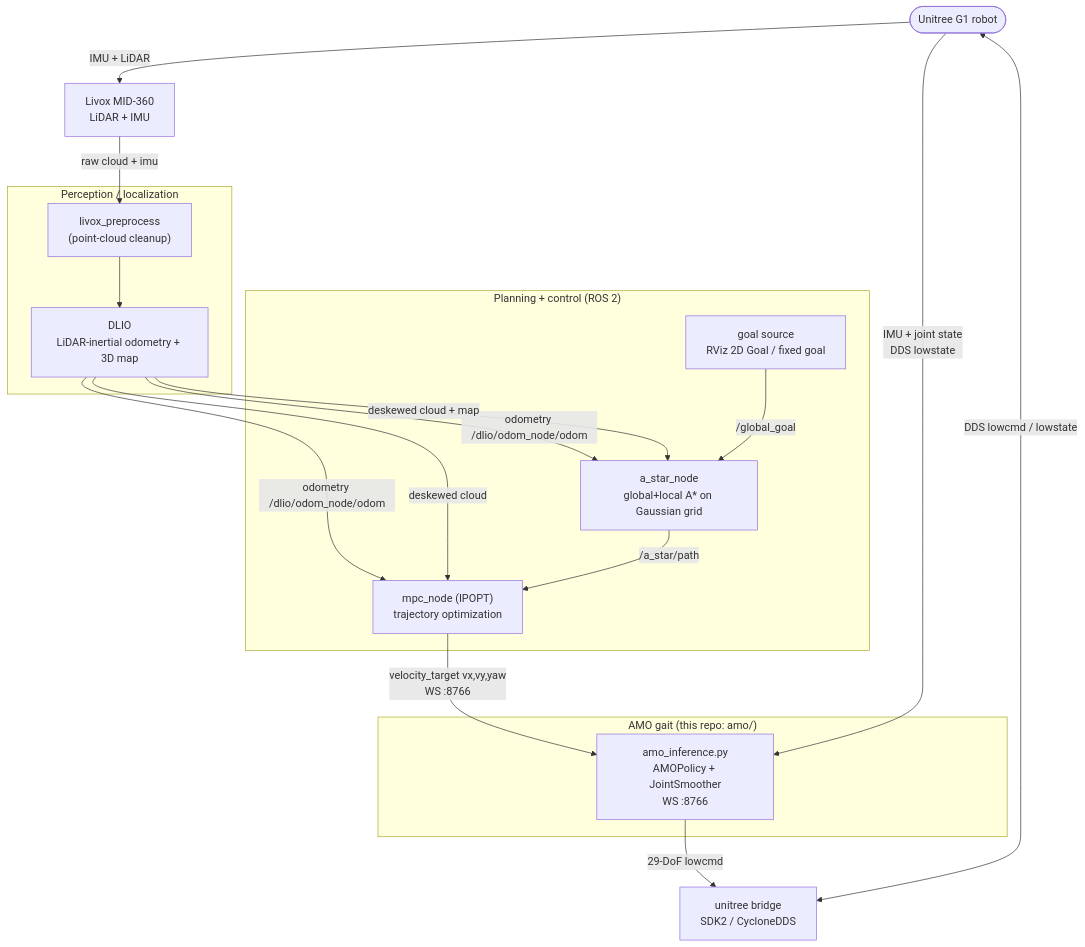
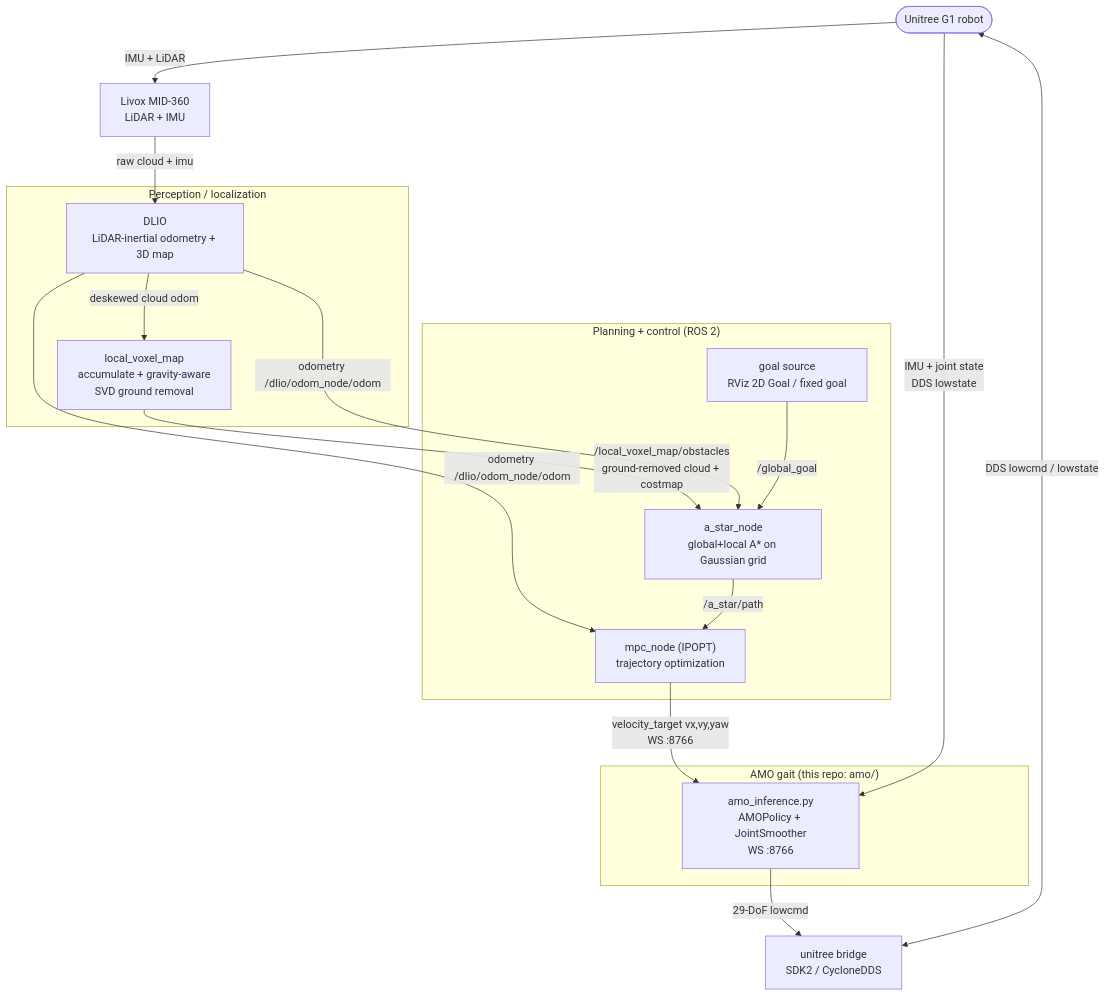
Before and after one commit to talos-robotics-ai/Navigation: the first of 3 diagrams in docs/system_architecture.md, drawn with Mermaid. The commit also changed other lines of this file and 17 other files, not shown here.

````diff
--- a/docs/system_architecture.md
+++ b/docs/system_architecture.md
@@ -21,35 +21,35 @@
 ```mermaid
 flowchart TB
     robot(["Unitree G1 robot"])
     lidar["Livox MID-360<br/>LiDAR + IMU"]
 
     subgraph PERC["Perception / localization"]
-        prep["livox_preprocess<br/>(point-cloud cleanup)"]
         flio["DLIO<br/>LiDAR-inertial odometry + 3D map"]
+        lvm["local_voxel_map<br/>accumulate + gravity-aware<br/>SVD ground removal"]
     end
 
     subgraph PLAN["Planning + control (ROS 2)"]
         astar["a_star_node<br/>global+local A* on Gaussian grid"]
         mpc["mpc_node (IPOPT)<br/>trajectory optimization"]
         goal["goal source<br/>RViz 2D Goal / fixed goal"]
     end
 
     subgraph GAIT["AMO gait (this repo: amo/)"]
         amo["amo_inference.py<br/>AMOPolicy + JointSmoother<br/>WS :8766"]
     end
 
     bridge["unitree bridge<br/>SDK2 / CycloneDDS"]
 
-    lidar -->|raw cloud + imu| prep --> flio
+    lidar -->|raw cloud + imu| flio
+    flio -->|deskewed cloud odom| lvm
+    lvm -->|/local_voxel_map/obstacles<br/>ground-removed cloud + costmap| astar
     flio -->|odometry /dlio/odom_node/odom| astar
     flio -->|odometry /dlio/odom_node/odom| mpc
-    flio -->|deskewed cloud + map| astar
-    flio -->|deskewed cloud| mpc
     goal -->|/global_goal| astar
     astar -->|/a_star/path| mpc
     mpc -->|velocity_target vx,vy,yaw<br/>WS :8766| amo
     amo -->|29-DoF lowcmd| bridge
     bridge <-->|DDS lowcmd / lowstate| robot
     robot -->|IMU + joint state<br/>DDS lowstate| amo
     robot -->|IMU + LiDAR| lidar
 ```
````
